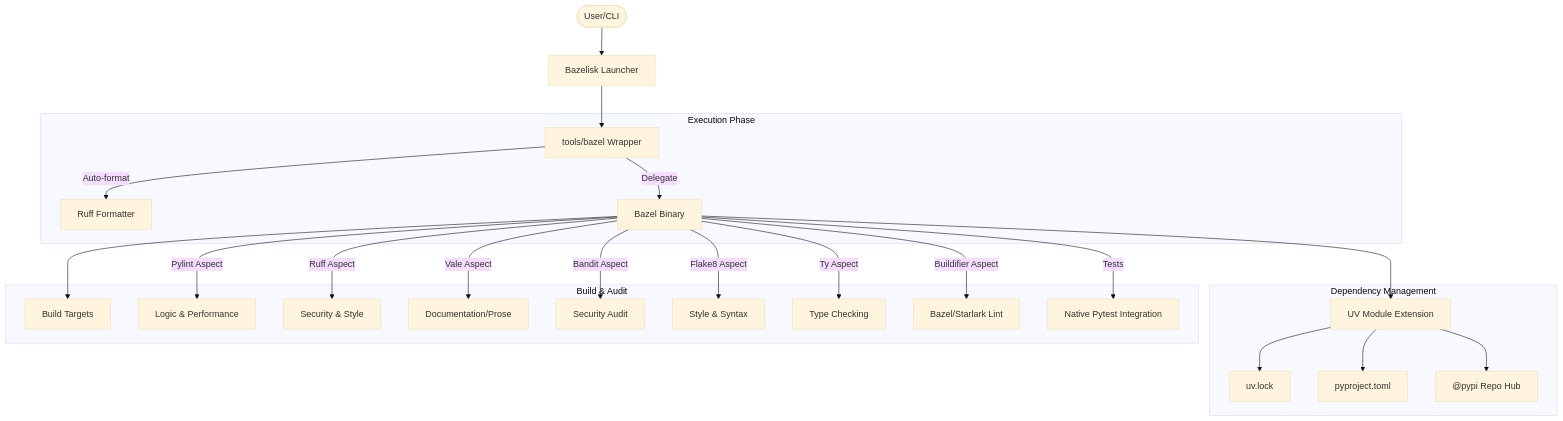
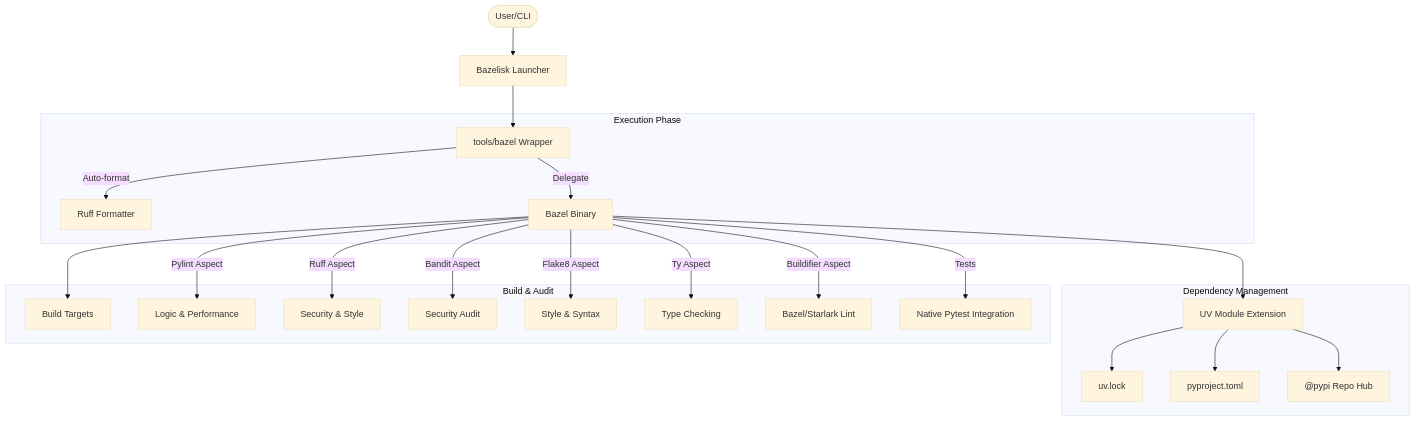
The diagram in build-architecture.md (craigdbarber/python-aspect-rules), drawn with Mermaid (base theme) before and after one commit. The commit also changed other lines of this file and 10 other files, not shown here.

````diff
--- a/build-architecture.md
+++ b/build-architecture.md
@@ -15,29 +15,28 @@
 ```mermaid
 flowchart TD
     User(["User/CLI"]) --> Bazelisk["Bazelisk Launcher"]
     Bazelisk --> Wrapper["tools/bazel Wrapper"]
     
     subgraph EXEC ["Execution Phase"]
         Wrapper -->|"Auto-format"| RuffFmt["Ruff Formatter"]
         Wrapper -->|"Delegate"| BazelBin["Bazel Binary"]
     end
     
     subgraph DEP ["Dependency Management"]
         BazelBin --> UVExt["UV Module Extension"]
         UVExt --> UVLock["uv.lock"]
         UVExt --> PyProject["pyproject.toml"]
         UVExt --> Hub["@pypi Repo Hub"]
     end
     
     subgraph AUDIT ["Build & Audit"]
         BazelBin --> Targets["Build Targets"]
         BazelBin -->|"Pylint Aspect"| Pylint["Logic & Performance"]
         BazelBin -->|"Ruff Aspect"| Ruff["Security & Style"]
-        BazelBin -->|"Vale Aspect"| ValeAspect["Documentation/Prose"]
         BazelBin -->|"Bandit Aspect"| Bandit["Security Audit"]
         BazelBin -->|"Flake8 Aspect"| Flake8["Style & Syntax"]
         BazelBin -->|"Ty Aspect"| Ty["Type Checking"]
         BazelBin -->|"Buildifier Aspect"| Buildifier["Bazel/Starlark Lint"]
         BazelBin -->|"Tests"| Pytest["Native Pytest Integration"]
     end
 ```
````
